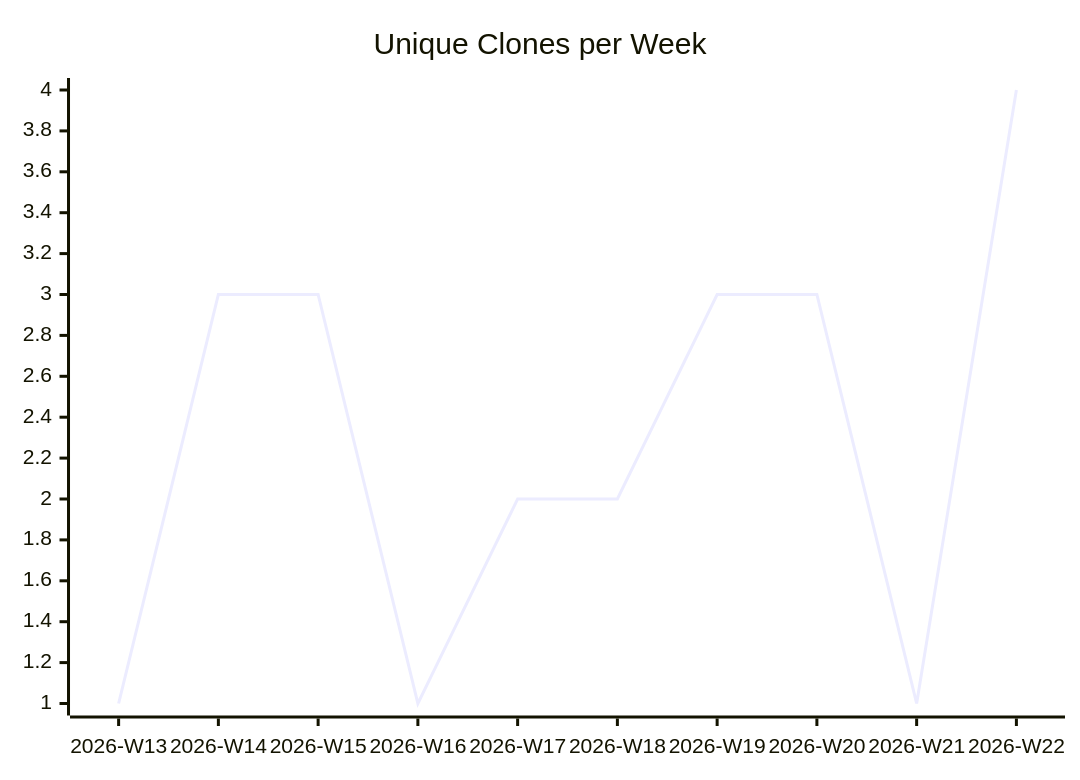
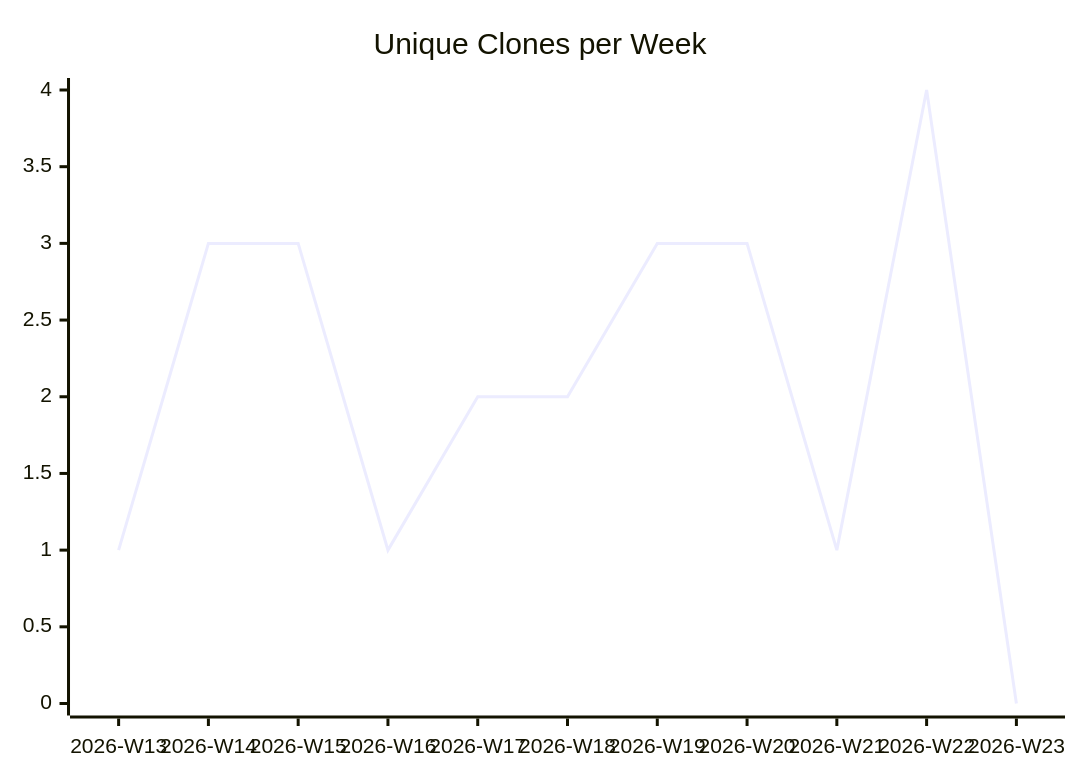
The third of 3 diagrams in karlmdavis/puppet-sonar/README.md (justdavis-family/github-analytics-data), drawn with Mermaid before and after one commit. The commit also changed other lines of this file and 186 other files, not shown here.

````diff
--- a/karlmdavis/puppet-sonar/README.md
+++ b/karlmdavis/puppet-sonar/README.md
@@ -19,6 +19,6 @@
 ```mermaid
 xychart-beta
   title "Unique Clones per Week"
-  x-axis ["2026-W13", "2026-W14", "2026-W15", "2026-W16", "2026-W17", "2026-W18", "2026-W19", "2026-W20", "2026-W21", "2026-W22"]
-  line [1, 3, 3, 1, 2, 2, 3, 3, 1, 4]
+  x-axis ["2026-W13", "2026-W14", "2026-W15", "2026-W16", "2026-W17", "2026-W18", "2026-W19", "2026-W20", "2026-W21", "2026-W22", "2026-W23"]
+  line [1, 3, 3, 1, 2, 2, 3, 3, 1, 4, 0]
 ```
````
